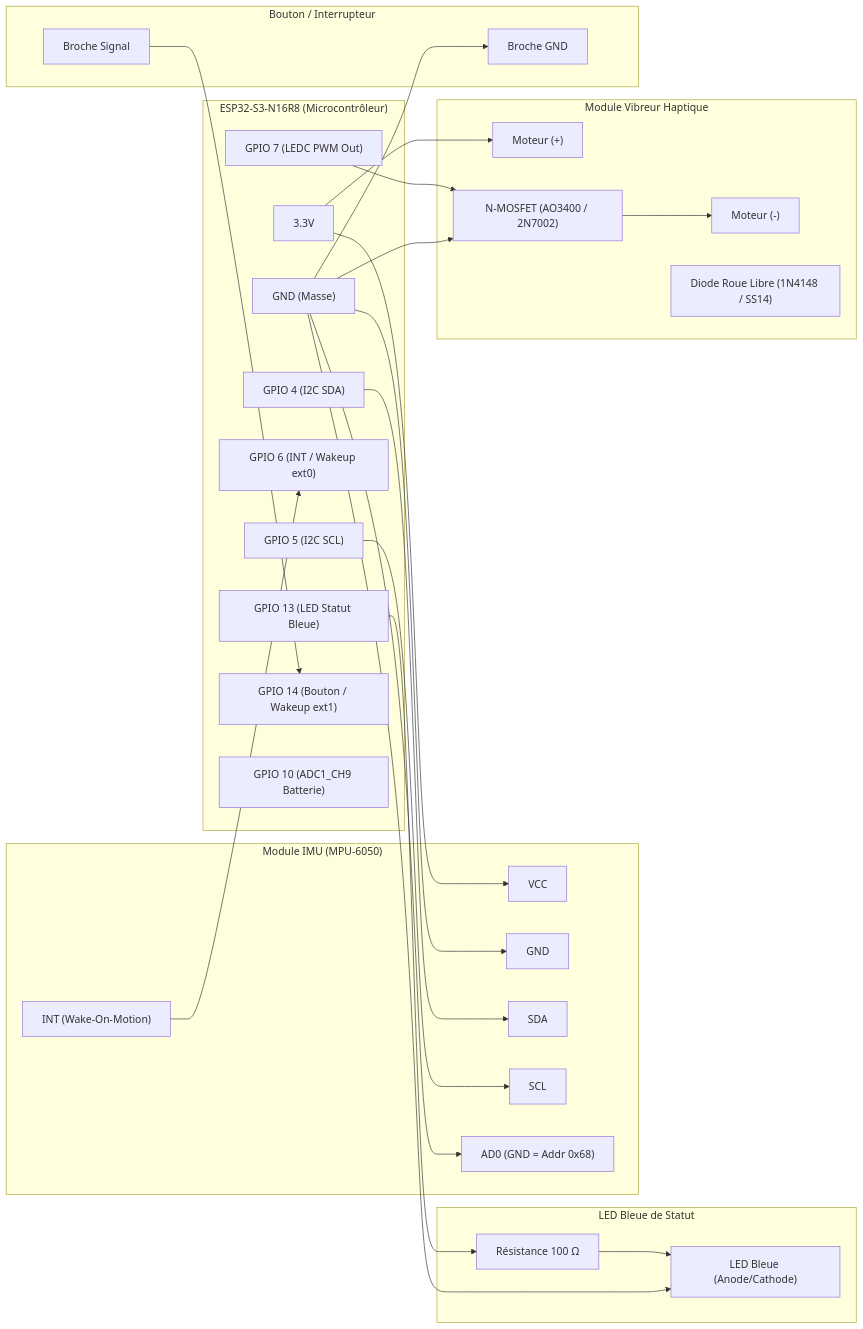
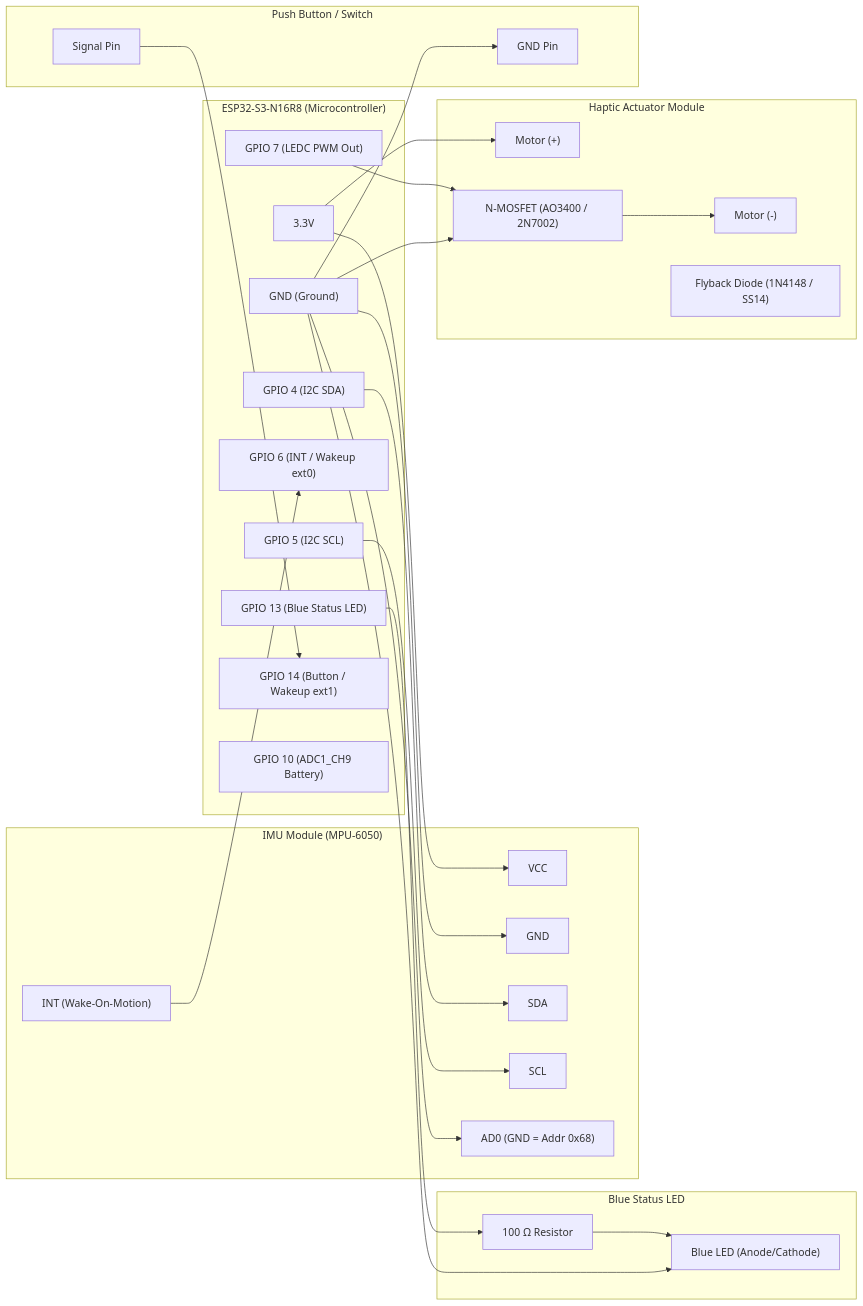
Before and after one commit to daverck/health-kicks-esp32-s3: the diagram in README.md, drawn with Mermaid. The commit also changed other lines of this file and 2 other files, not shown here.

````diff
--- a/README.md
+++ b/README.md
@@ -35,57 +35,57 @@
 ```mermaid
 graph LR
-    subgraph ESP32["ESP32-S3-N16R8 (Microcontrôleur)"]
+    subgraph ESP32["ESP32-S3-N16R8 (Microcontroller)"]
         3V3["3.3V"]
-        GND["GND (Masse)"]
+        GND["GND (Ground)"]
         GPIO4["GPIO 4 (I2C SDA)"]
         GPIO5["GPIO 5 (I2C SCL)"]
         GPIO6["GPIO 6 (INT / Wakeup ext0)"]
         GPIO7["GPIO 7 (LEDC PWM Out)"]
-        GPIO13["GPIO 13 (LED Statut Bleue)"]
-        GPIO14["GPIO 14 (Bouton / Wakeup ext1)"]
-        GPIO10["GPIO 10 (ADC1_CH9 Batterie)"]
+        GPIO13["GPIO 13 (Blue Status LED)"]
+        GPIO14["GPIO 14 (Button / Wakeup ext1)"]
+        GPIO10["GPIO 10 (ADC1_CH9 Battery)"]
     end
 
-    subgraph IMU["Module IMU (MPU-6050)"]
+    subgraph IMU["IMU Module (MPU-6050)"]
         IMU_VCC["VCC"]
         IMU_GND["GND"]
         IMU_SDA["SDA"]
         IMU_SCL["SCL"]
         IMU_INT["INT (Wake-On-Motion)"]
         IMU_AD0["AD0 (GND = Addr 0x68)"]
     end
 
-    subgraph HAPTIC["Module Vibreur Haptique"]
-        MOT_POS["Moteur (+)"]
-        MOT_NEG["Moteur (-)"]
+    subgraph HAPTIC["Haptic Actuator Module"]
+        MOT_POS["Motor (+)"]
+        MOT_NEG["Motor (-)"]
         MOSFET["N-MOSFET (AO3400 / 2N7002)"]
-        DIODE["Diode Roue Libre (1N4148 / SS14)"]
+        DIODE["Flyback Diode (1N4148 / SS14)"]
     end
 
-    subgraph LED["LED Bleue de Statut"]
-        R_LED["Résistance 100 Ω"]
-        LED_BL["LED Bleue (Anode/Cathode)"]
+    subgraph LED["Blue Status LED"]
+        R_LED["100 Ω Resistor"]
+        LED_BL["Blue LED (Anode/Cathode)"]
     end
 
-    subgraph BTN["Bouton / Interrupteur"]
-        SW_1["Broche Signal"]
-        SW_2["Broche GND"]
+    subgraph BTN["Push Button / Switch"]
+        SW_1["Signal Pin"]
+        SW_2["GND Pin"]
     end
 
-    %% Alimentations & Contrôles
+    %% Power & Controls
     3V3 --> IMU_VCC
     3V3 --> MOT_POS
     GND --> IMU_GND
     GND --> IMU_AD0
     GND --> SW_2
     GND --> MOSFET
     GND --> LED_BL
 
     GPIO4 --> IMU_SDA
     GPIO5 --> IMU_SCL
     IMU_INT --> GPIO6
     GPIO7 --> MOSFET
     MOSFET --> MOT_NEG
     GPIO13 --> R_LED --> LED_BL
     SW_1 --> GPIO14
 ```
````
